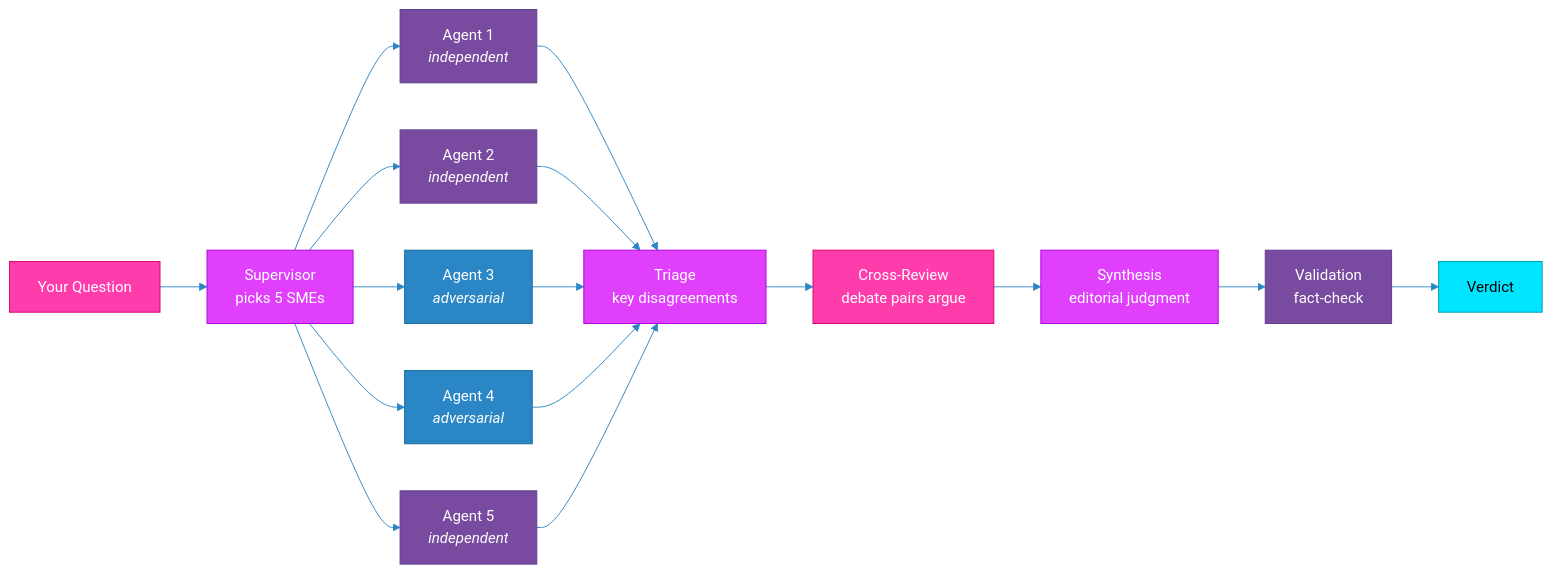
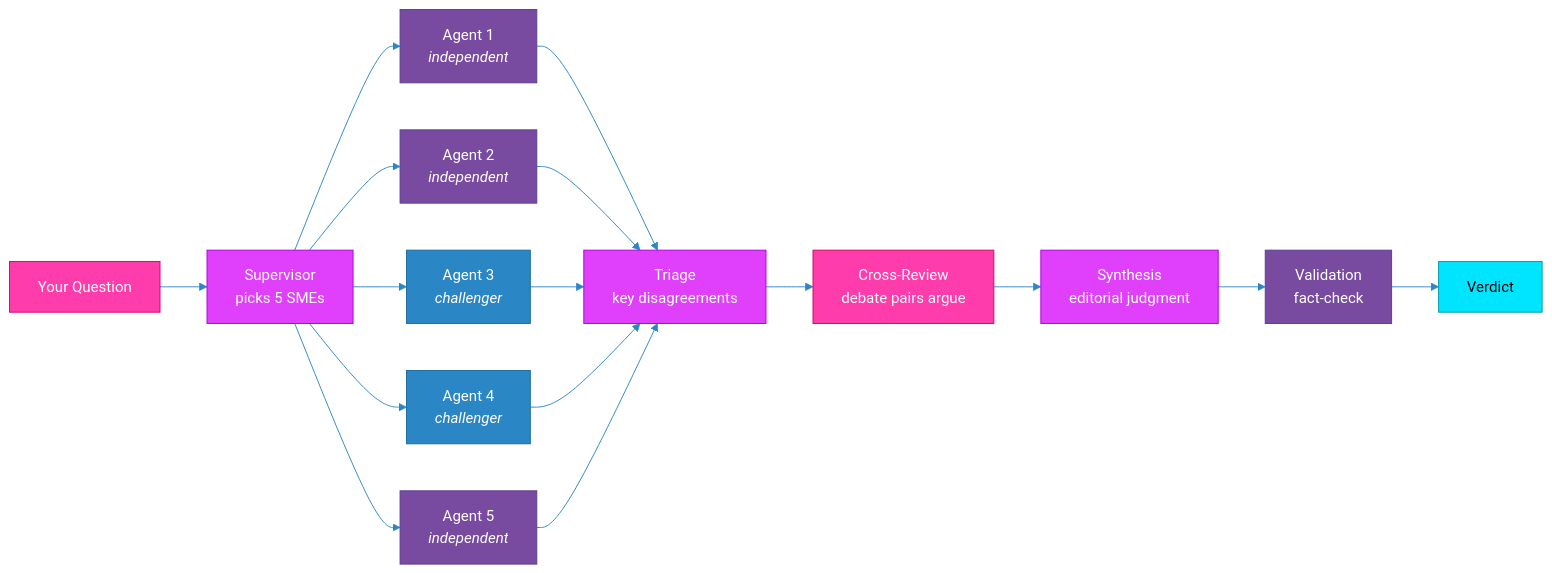
One commit to qinnovates/quorum changed the sixth of 9 diagrams in README.md. Above: the diagram before and after it, drawn with Mermaid. The commit also changed other lines of this file and 37 other files, not shown here.

````diff
--- a/README.md
+++ b/README.md
@@ -456,28 +480,28 @@
 ```mermaid
 %%{init: {'theme': 'base', 'themeVariables': {'primaryColor': '#FF3CAC', 'primaryTextColor': '#fff', 'primaryBorderColor': '#D4006A', 'secondaryColor': '#E040FB', 'secondaryTextColor': '#fff', 'secondaryBorderColor': '#AB00D9', 'tertiaryColor': '#784BA0', 'tertiaryTextColor': '#fff', 'tertiaryBorderColor': '#5C3D8F', 'lineColor': '#2B86C5', 'background': '#0d1117'}}}%%
 graph LR
     A["Your Question"] --> B["Supervisor<br/>picks 5 SMEs"]
     B --> C1["Agent 1<br/><i>independent</i>"]
     B --> C2["Agent 2<br/><i>independent</i>"]
-    B --> C3["Agent 3<br/><i>adversarial</i>"]
-    B --> C4["Agent 4<br/><i>adversarial</i>"]
+    B --> C3["Agent 3<br/><i>challenger</i>"]
+    B --> C4["Agent 4<br/><i>challenger</i>"]
     B --> C5["Agent 5<br/><i>independent</i>"]
     C1 & C2 & C3 & C4 & C5 --> D["Triage<br/>key disagreements"]
     D --> E["Cross-Review<br/>debate pairs argue"]
     E --> F["Synthesis<br/>editorial judgment"]
     F --> G["Validation<br/>fact-check"]
     G --> H["Verdict"]
 
     style A fill:#FF3CAC,stroke:#D4006A,color:#fff
     style B fill:#E040FB,stroke:#AB00D9,color:#fff
     style C1 fill:#784BA0,stroke:#5C3D8F,color:#fff
     style C2 fill:#784BA0,stroke:#5C3D8F,color:#fff
     style C3 fill:#2B86C5,stroke:#1A6B9E,color:#fff
     style C4 fill:#2B86C5,stroke:#1A6B9E,color:#fff
     style C5 fill:#784BA0,stroke:#5C3D8F,color:#fff
     style D fill:#E040FB,stroke:#AB00D9,color:#fff
     style E fill:#FF3CAC,stroke:#D4006A,color:#fff
     style F fill:#E040FB,stroke:#AB00D9,color:#fff
     style G fill:#784BA0,stroke:#5C3D8F,color:#fff
     style H fill:#00E5FF,stroke:#0097A7,color:#000
 ```
````
